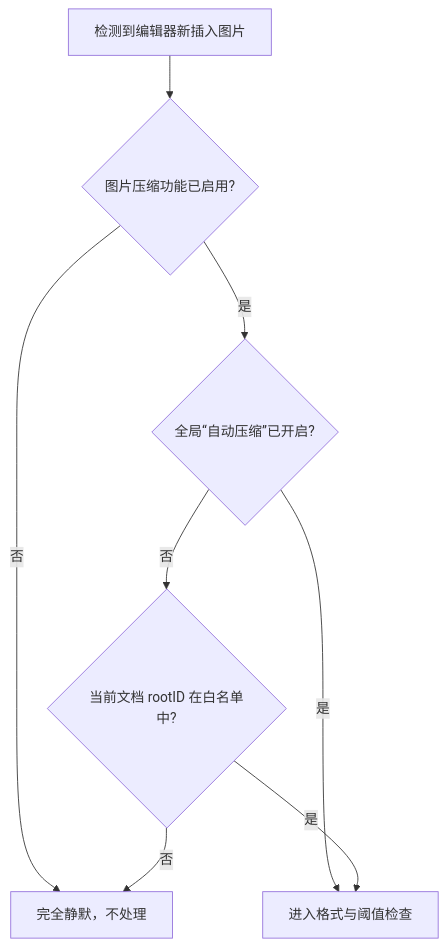
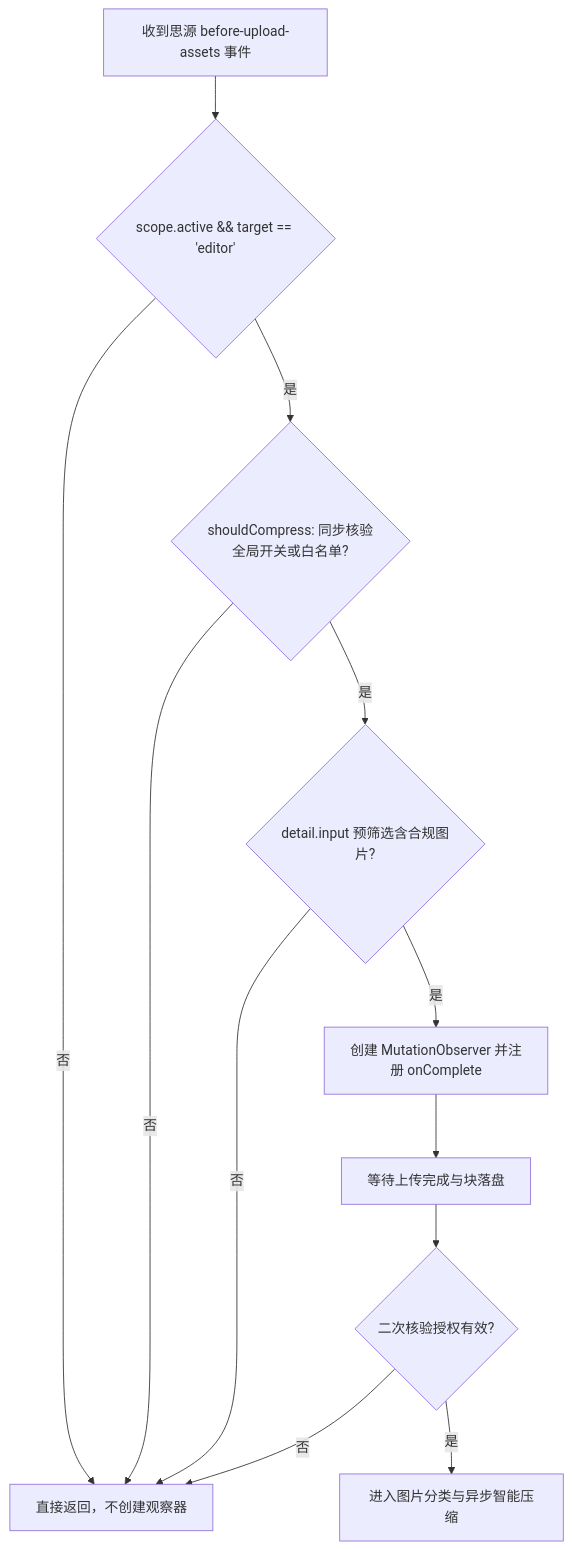
One commit to Forgo7ten/siyuan-plugin-omnikit changed the first of 2 diagrams in docs/features/image-compressor.md. Above: the diagram before and after it, drawn with Mermaid. The commit also changed other lines of this file and 38 other files, not shown here.

Commit message:
feat(image-compressor): 落地统一图片准入分类、智能MS-SSIM压缩与Core通知状态栏基础服务

````diff
--- a/docs/features/image-compressor.md
+++ b/docs/features/image-compressor.md
@@ -44,10 +44,14 @@
 ```mermaid
 flowchart TD
-    Start[检测到编辑器新插入图片] --> FCheck{图片压缩功能已启用?}
-    FCheck -- 否 --> SilentExit[完全静默，不处理]
-    FCheck -- 是 --> GlobalCheck{全局“自动压缩”已开启?}
-    GlobalCheck -- 是 --> CheckFormat[进入格式与阈值检查]
-    GlobalCheck -- 否 --> AllowlistCheck{当前文档 rootID 在白名单中?}
-    AllowlistCheck -- 是 --> CheckFormat
-    AllowlistCheck -- 否 --> SilentExit
+    Start[收到思源 before-upload-assets 事件] --> FCheck{scope.active && target == 'editor'}
+    FCheck -- 否 --> SilentExit[直接返回，不创建观察器]
+    FCheck -- 是 --> AuthCheck{shouldCompress: 同步核验全局开关或白名单?}
+    AuthCheck -- 否 --> SilentExit
+    AuthCheck -- 是 --> InputCheck{detail.input 预筛选含合规图片?}
+    InputCheck -- 否 --> SilentExit
+    InputCheck -- 是 --> Observe[创建 MutationObserver 并注册 onComplete]
+    Observe --> UploadFinish[等待上传完成与块落盘]
+    UploadFinish --> RecheckAuth{二次核验授权有效?}
+    RecheckAuth -- 否 --> SilentExit
+    RecheckAuth -- 是 --> Compress[进入图片分类与异步智能压缩]
 ```
````
